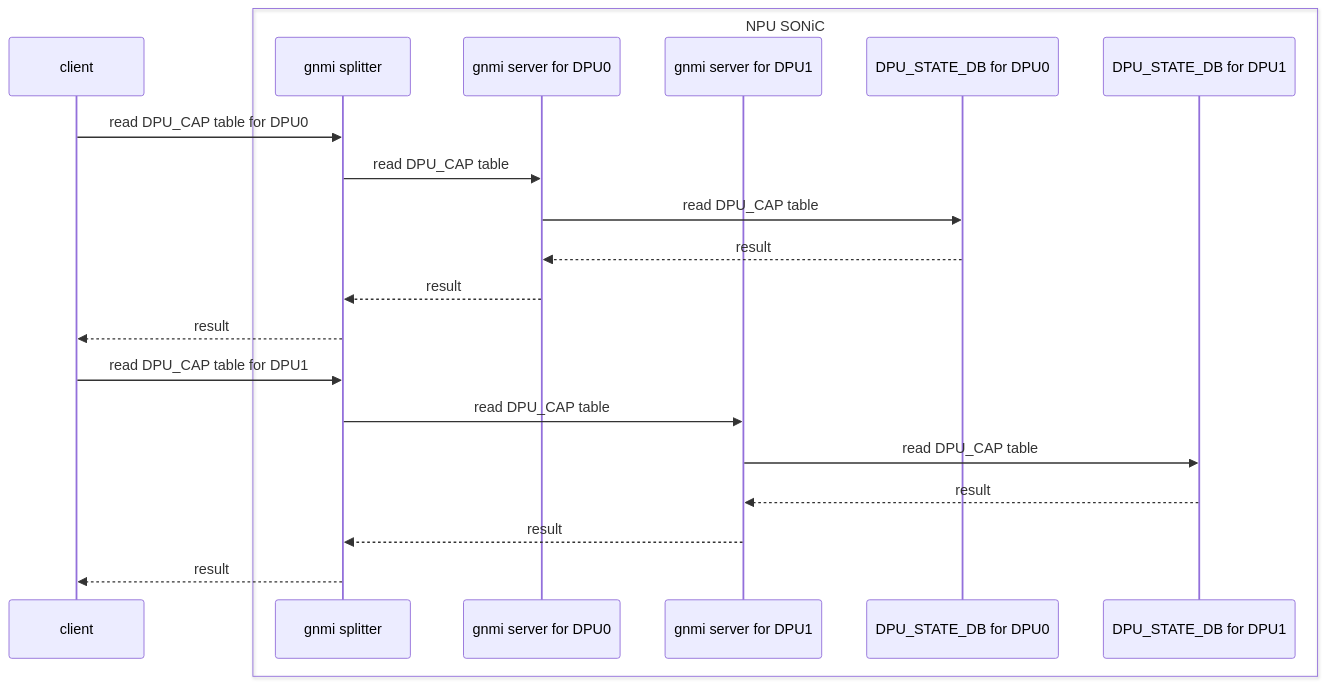
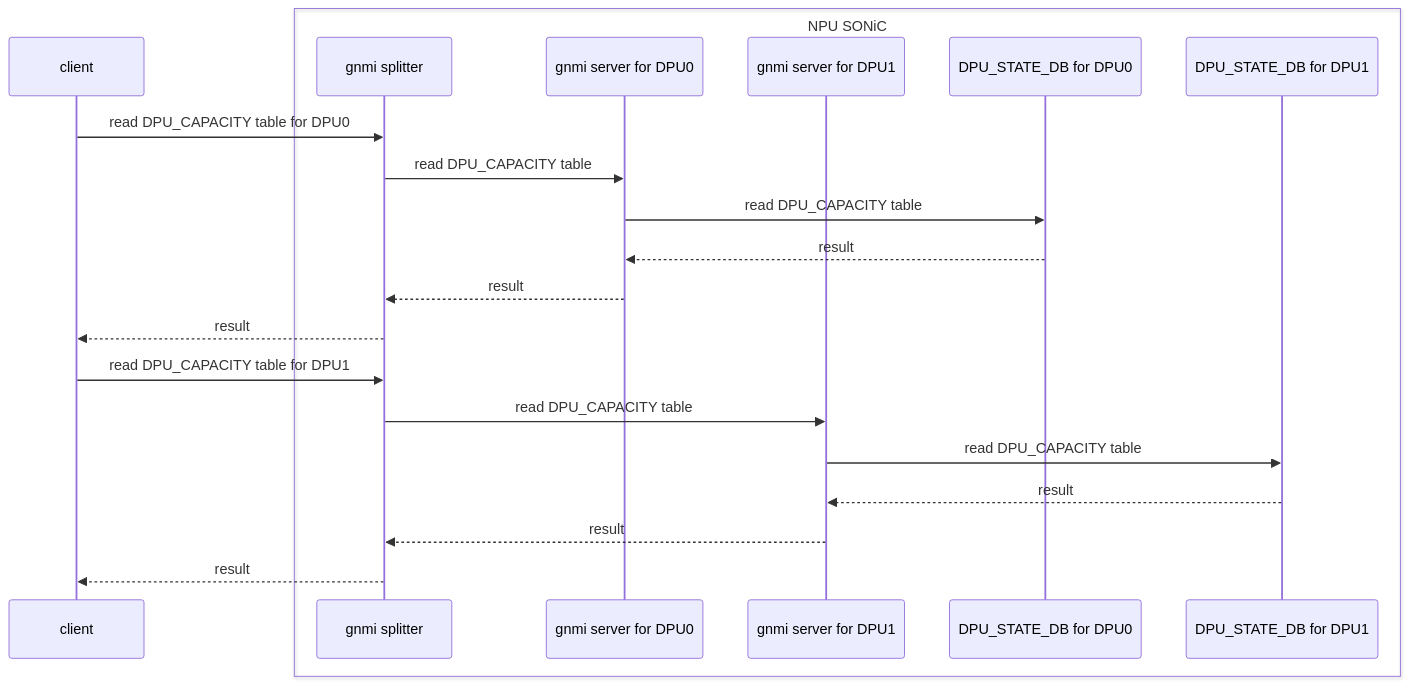
The diagram in DPU_CAP.md (wen587/mermaid), drawn with Mermaid before and after one commit.

````diff
--- a/DPU_CAP.md
+++ b/DPU_CAP.md
@@ -1,23 +1,23 @@
 ```mermaid
 sequenceDiagram
     participant client
     box NPU SONiC
         participant gnmi splitter
         participant gnmi server for DPU0
         participant gnmi server for DPU1
         participant DPU_STATE_DB for DPU0
         participant DPU_STATE_DB for DPU1
     end
-    client->>gnmi splitter: read DPU_CAP table for DPU0
-    gnmi splitter->>gnmi server for DPU0: read DPU_CAP table
-    gnmi server for DPU0->>DPU_STATE_DB for DPU0: read DPU_CAP table
+    client->>gnmi splitter: read DPU_CAPACITY table for DPU0
+    gnmi splitter->>gnmi server for DPU0: read DPU_CAPACITY table
+    gnmi server for DPU0->>DPU_STATE_DB for DPU0: read DPU_CAPACITY table
     DPU_STATE_DB for DPU0-->>gnmi server for DPU0: result
     gnmi server for DPU0-->>gnmi splitter: result
     gnmi splitter-->>client: result
-    client->>gnmi splitter: read DPU_CAP table for DPU1
-    gnmi splitter->>gnmi server for DPU1: read DPU_CAP table
-    gnmi server for DPU1->>DPU_STATE_DB for DPU1: read DPU_CAP table
+    client->>gnmi splitter: read DPU_CAPACITY table for DPU1
+    gnmi splitter->>gnmi server for DPU1: read DPU_CAPACITY table
+    gnmi server for DPU1->>DPU_STATE_DB for DPU1: read DPU_CAPACITY table
     DPU_STATE_DB for DPU1-->>gnmi server for DPU1: result
     gnmi server for DPU1-->>gnmi splitter: result
     gnmi splitter-->>client: result
 ```
````
